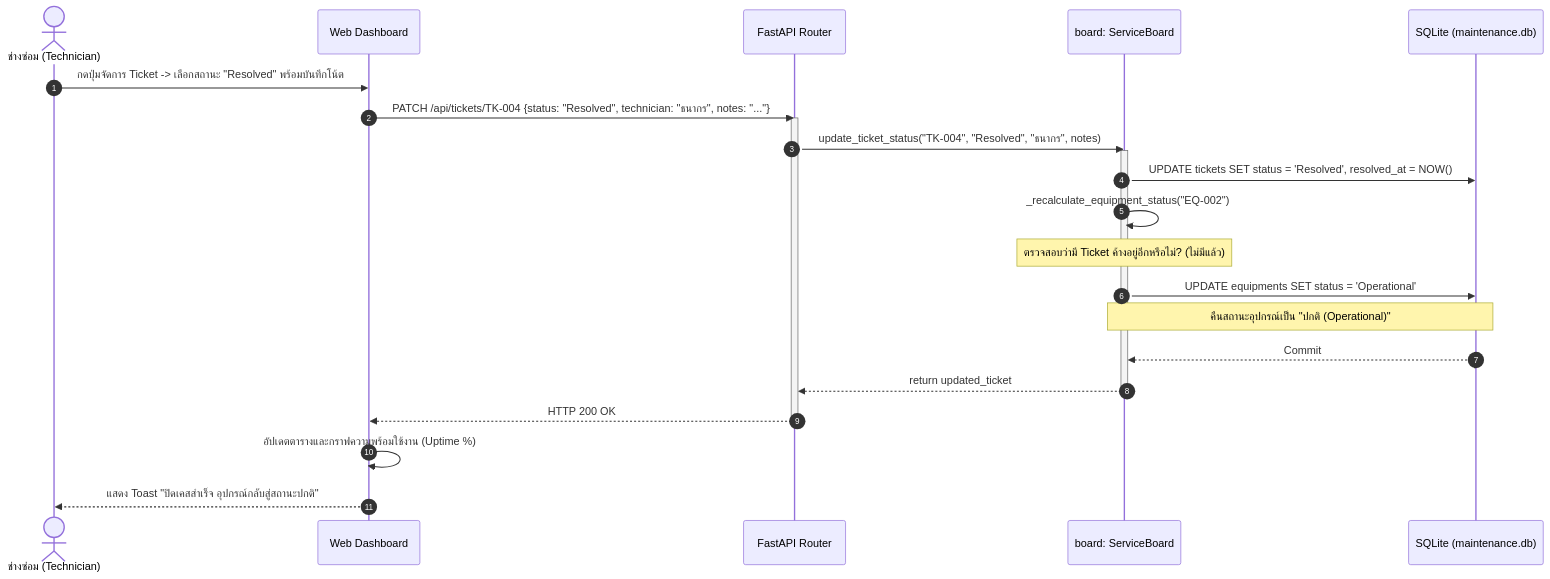
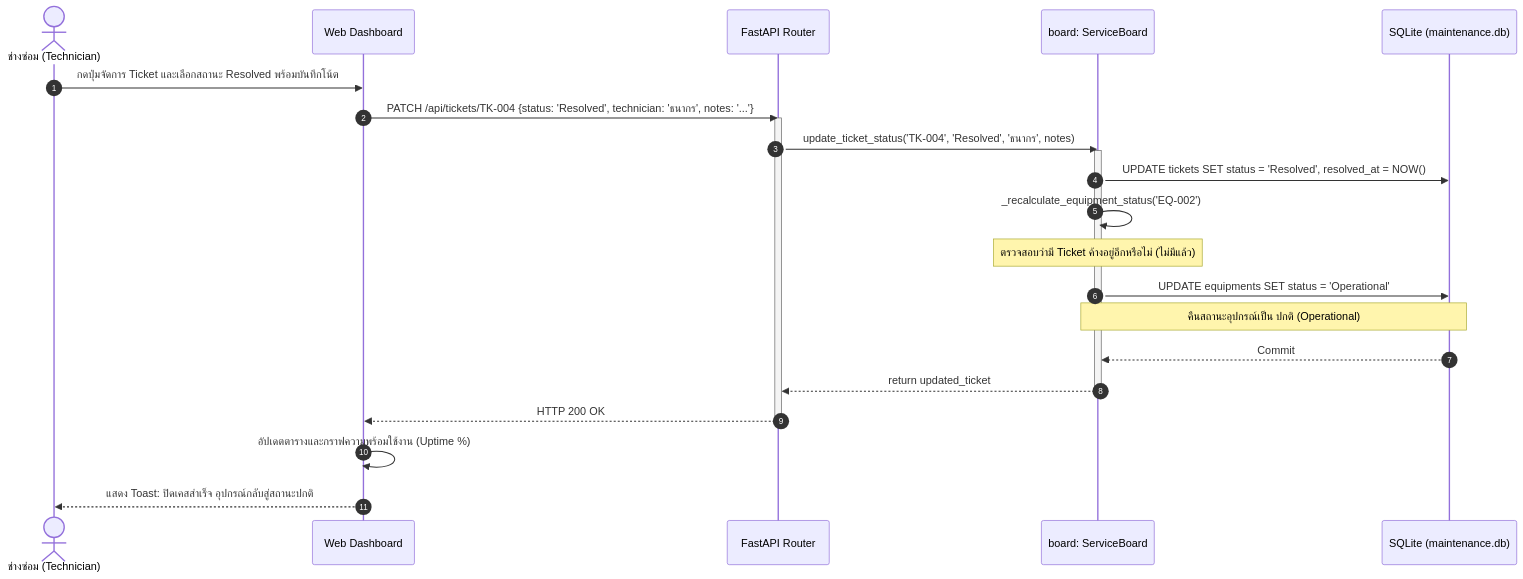
The fifth of 6 diagrams in README.md (Kitikon15/Quick-Maintenance-Tracker), drawn with Mermaid before and after one commit. The commit also changed other lines of this file and 6 other files, not shown here.

````diff
--- a/README.md
+++ b/README.md
@@ -248,27 +248,27 @@
 ```mermaid
 sequenceDiagram
     autonumber
     actor Tech as ช่างซ่อม (Technician)
     participant UI as Web Dashboard
     participant API as FastAPI Router
     participant Board as board: ServiceBoard
     participant DB as SQLite (maintenance.db)
 
-    Tech ->> UI: กดปุ่มจัดการ Ticket -> เลือกสถานะ "Resolved" พร้อมบันทึกโน้ต
-    UI ->> API: PATCH /api/tickets/TK-004 {status: "Resolved", technician: "ธนากร", notes: "..."}
+    Tech ->> UI: กดปุ่มจัดการ Ticket และเลือกสถานะ Resolved พร้อมบันทึกโน้ต
+    UI ->> API: PATCH /api/tickets/TK-004 {status: 'Resolved', technician: 'ธนากร', notes: '...'}
     activate API
-    API ->> Board: update_ticket_status("TK-004", "Resolved", "ธนากร", notes)
+    API ->> Board: update_ticket_status('TK-004', 'Resolved', 'ธนากร', notes)
     activate Board
     Board ->> DB: UPDATE tickets SET status = 'Resolved', resolved_at = NOW()
-    Board ->> Board: _recalculate_equipment_status("EQ-002")
-    Note over Board: ตรวจสอบว่ามี Ticket ค้างอยู่อีกหรือไม่? (ไม่มีแล้ว)
+    Board ->> Board: _recalculate_equipment_status('EQ-002')
+    Note over Board: ตรวจสอบว่ามี Ticket ค้างอยู่อีกหรือไม่ (ไม่มีแล้ว)
     Board ->> DB: UPDATE equipments SET status = 'Operational'
-    Note over Board, DB: คืนสถานะอุปกรณ์เป็น "ปกติ (Operational)"
+    Note over Board, DB: คืนสถานะอุปกรณ์เป็น ปกติ (Operational)
     DB -->> Board: Commit
     Board -->> API: return updated_ticket
     deactivate Board
     API -->> UI: HTTP 200 OK
     deactivate API
     UI ->> UI: อัปเดตตารางและกราฟความพร้อมใช้งาน (Uptime %)
-    UI -->> Tech: แสดง Toast "ปิดเคสสำเร็จ อุปกรณ์กลับสู่สถานะปกติ"
+    UI -->> Tech: แสดง Toast: ปิดเคสสำเร็จ อุปกรณ์กลับสู่สถานะปกติ
 ```
````
